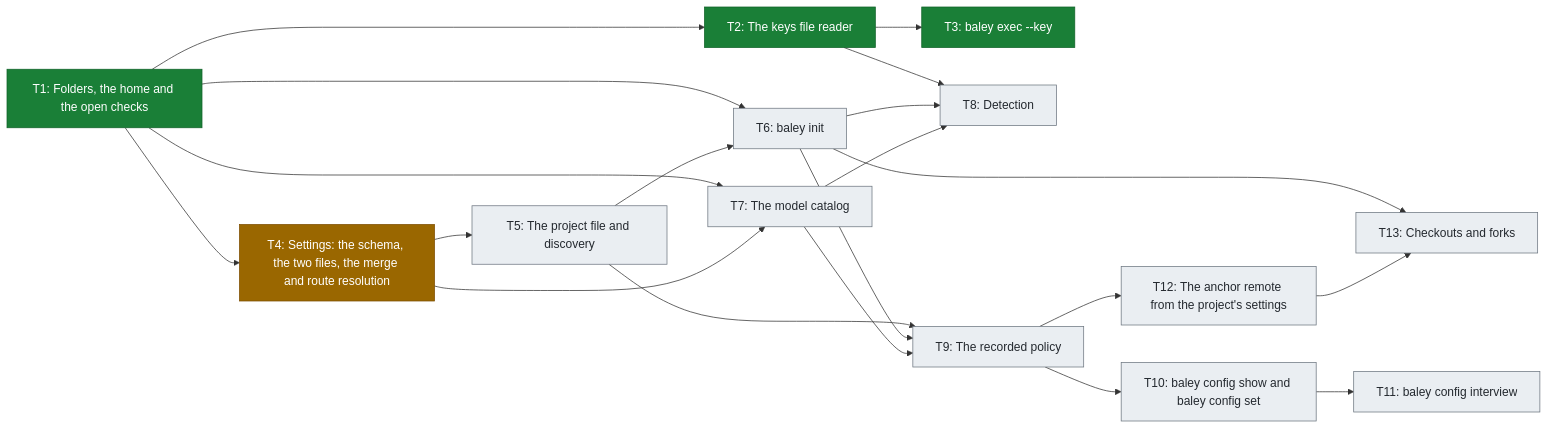
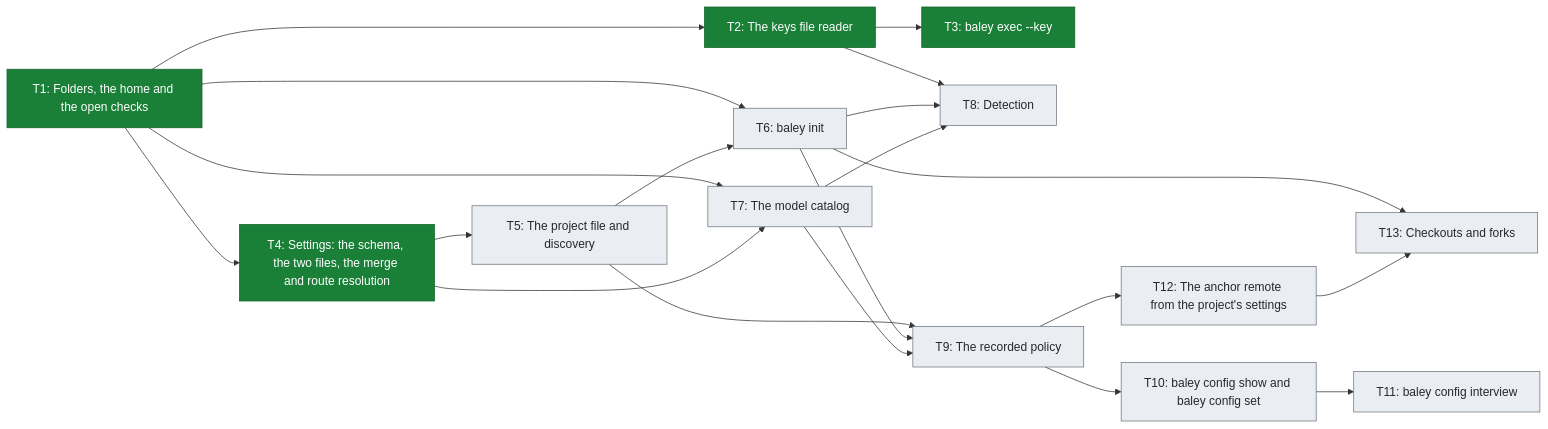
The third of 3 diagrams in docs/roadmap.md (crenshawdev/baley), drawn with Mermaid before and after one commit. The commit also changed other lines of this file, not shown here.

Commit message:
docs(roadmap): mark Build 2 T4 merged
T4 landed in #156.

````diff
--- a/docs/roadmap.md
+++ b/docs/roadmap.md
@@ -100,43 +100,41 @@
 ```mermaid
 flowchart LR
     T1["T1: Folders, the home and the open checks"]
     T2["T2: The keys file reader"]
     T3["T3: baley exec --key"]
     T4["T4: Settings: the schema, the two files, the merge and route resolution"]
     T5["T5: The project file and discovery"]
     T6["T6: baley init"]
     T7["T7: The model catalog"]
     T8["T8: Detection"]
     T9["T9: The recorded policy"]
     T10["T10: baley config show and baley config set"]
     T11["T11: baley config interview"]
     T12["T12: The anchor remote from the project's settings"]
     T13["T13: Checkouts and forks"]
 
     T1 --> T2
     T1 --> T4
     T1 --> T6
     T1 --> T7
     T2 --> T3
     T2 --> T8
     T4 --> T5
     T4 --> T7
     T5 --> T6
     T5 --> T9
     T6 --> T8
     T6 --> T9
     T6 --> T13
     T7 --> T8
     T7 --> T9
     T9 --> T10
     T9 --> T12
     T10 --> T11
     T12 --> T13
 
     classDef done fill:#1a7f37,stroke:#116329,color:#ffffff
     classDef planned fill:#eaeef2,stroke:#6e7781,color:#24292f
-    classDef progress fill:#9a6700,stroke:#7d4e00,color:#ffffff
-    class T1,T2,T3 done
-    class T4 progress
+    class T1,T2,T3,T4 done
     class T5,T6,T7,T8,T9,T10,T11,T12,T13 planned
 ```
````
